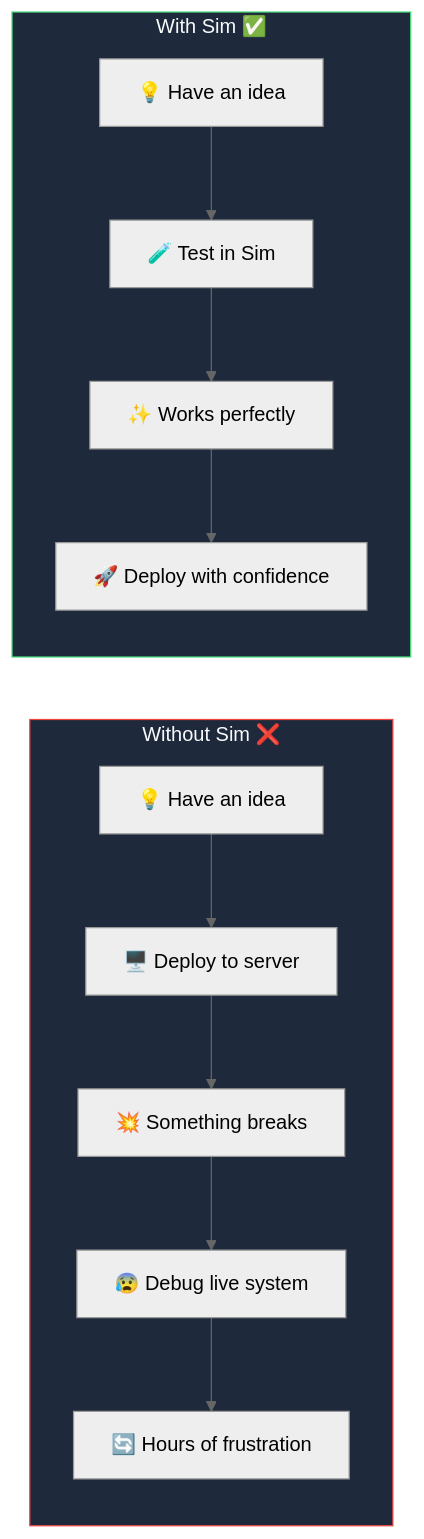
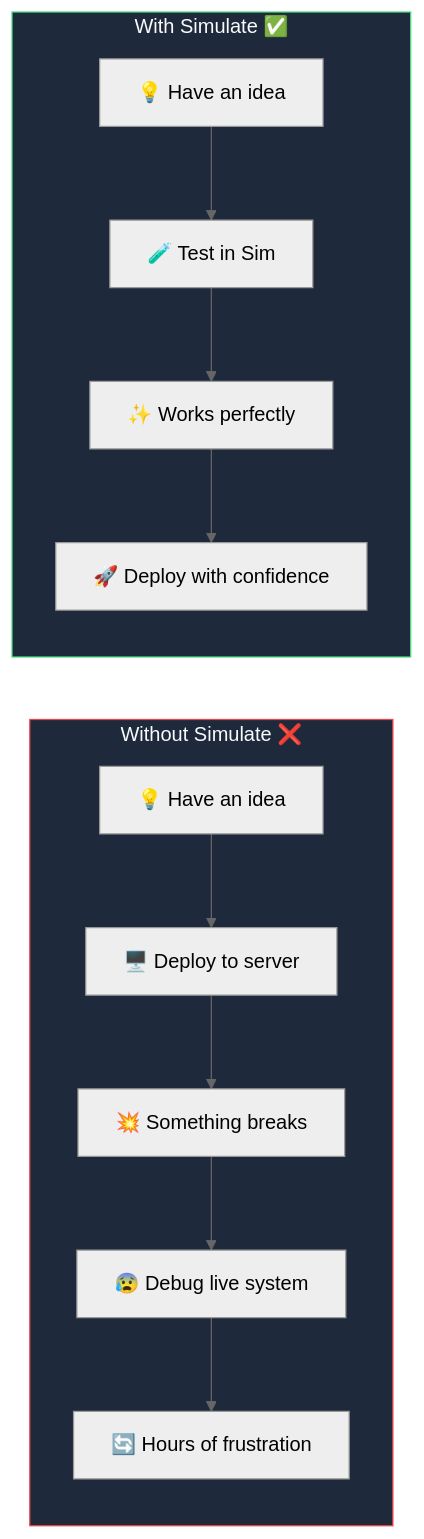
Before and after one commit to KombiverseLabs/docs: the first of 4 diagrams in sim/overview.mdx, drawn with Mermaid (neutral theme). The commit also changed other lines of this file and 57 other files, not shown here.

````diff
--- a/sim/overview.mdx
+++ b/sim/overview.mdx
@@ -18,26 +18,26 @@
 ```mermaid
 flowchart LR
-    subgraph Without["Without Sim ❌"]
+    subgraph Without["Without Simulate ❌"]
         direction TB
         W1["💡 Have an idea"]
         W2["🖥️ Deploy to server"]
         W3["💥 Something breaks"]
         W4["😰 Debug live system"]
         W5["🔄 Hours of frustration"]
         
         W1 --> W2 --> W3 --> W4 --> W5
     end
     
-    subgraph With["With Sim ✅"]
+    subgraph With["With Simulate ✅"]
         direction TB
         S1["💡 Have an idea"]
         S2["🧪 Test in Sim"]
         S3["✨ Works perfectly"]
         S4["🚀 Deploy with confidence"]
         
         S1 --> S2 --> S3 --> S4
     end
     
     style Without fill:#1e293b,stroke:#ef4444,color:#f8fafc
     style With fill:#1e293b,stroke:#4ade80,color:#f8fafc
 ```
````
